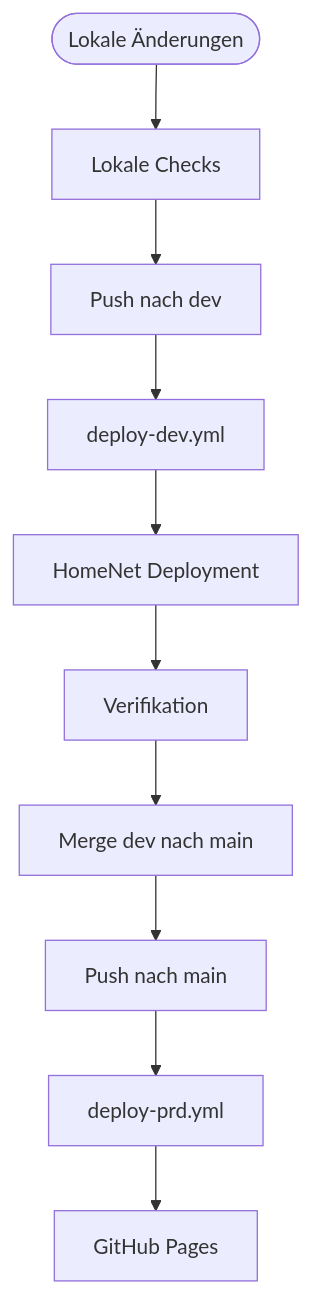
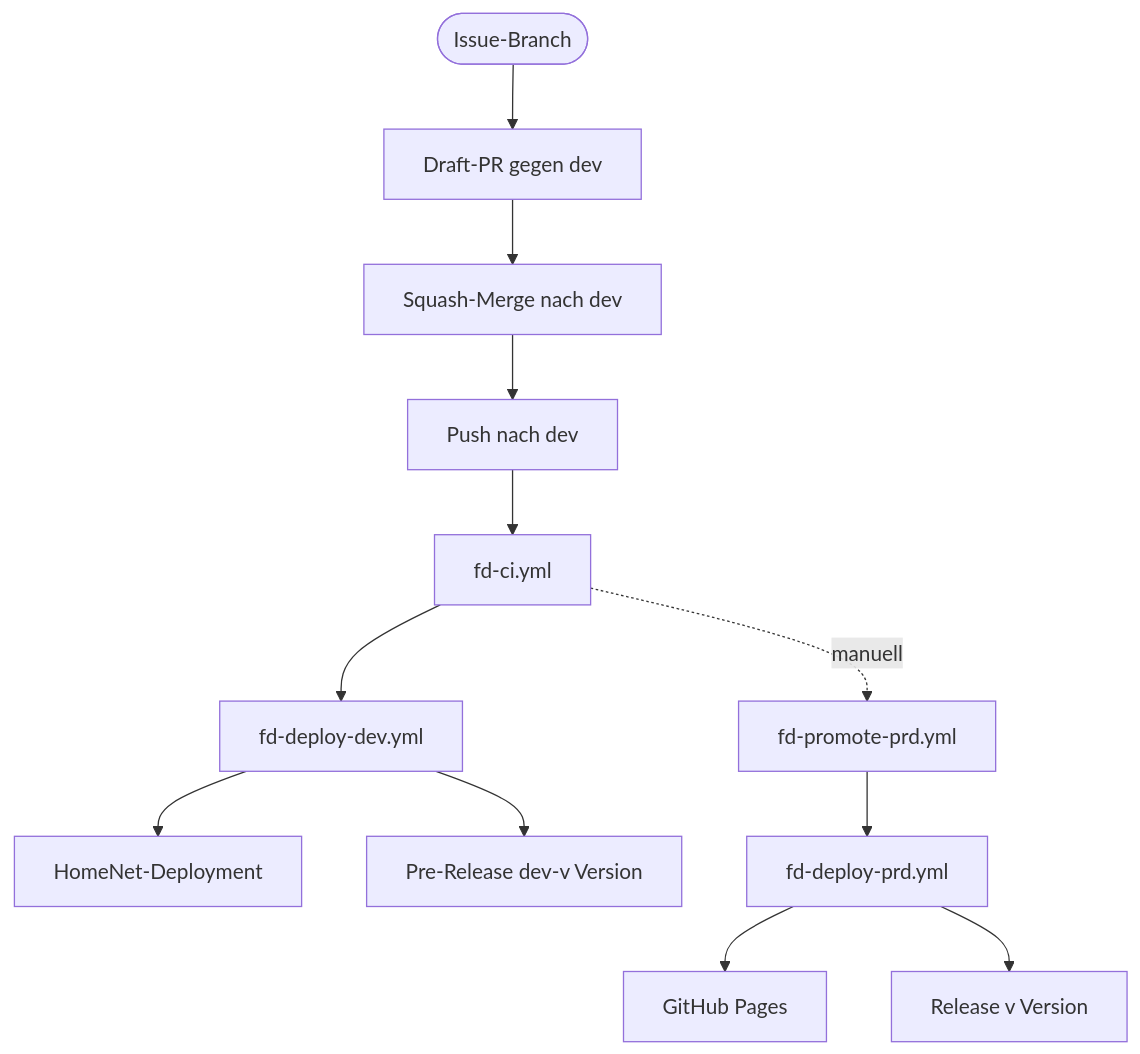
Before and after one commit to Frickeldave/frickeldave.github.io: the diagram in docs/features/fr006-autodeploy.md, drawn with Mermaid. The commit also changed other lines of this file and 26 other files, not shown here.

````diff
--- a/docs/features/fr006-autodeploy.md
+++ b/docs/features/fr006-autodeploy.md
@@ -31,12 +55,14 @@
 ```mermaid
 flowchart TD
-  start([Lokale Änderungen]) --> verify[Lokale Checks]
-  verify --> pushDev[Push nach dev]
-  pushDev --> devWorkflow[deploy-dev.yml]
-  devWorkflow --> homenet[HomeNet Deployment]
-  homenet --> verifyDev[Verifikation]
-  verifyDev --> mergeMain[Merge dev nach main]
-  mergeMain --> pushMain[Push nach main]
-  pushMain --> prdWorkflow[deploy-prd.yml]
+  start([Issue-Branch]) --> pr[Draft-PR gegen dev]
+  pr --> squash[Squash-Merge nach dev]
+  squash --> pushDev[Push nach dev]
+  pushDev --> ci[fd-ci.yml]
+  ci --> devDeploy[fd-deploy-dev.yml]
+  devDeploy --> homenet[HomeNet-Deployment]
+  devDeploy --> devRelease[Pre-Release dev-v Version]
+  ci -. manuell .-> promote[fd-promote-prd.yml]
+  promote --> prdWorkflow[fd-deploy-prd.yml]
   prdWorkflow --> githubPages[GitHub Pages]
+  prdWorkflow --> prdRelease[Release v Version]
 ```
````
